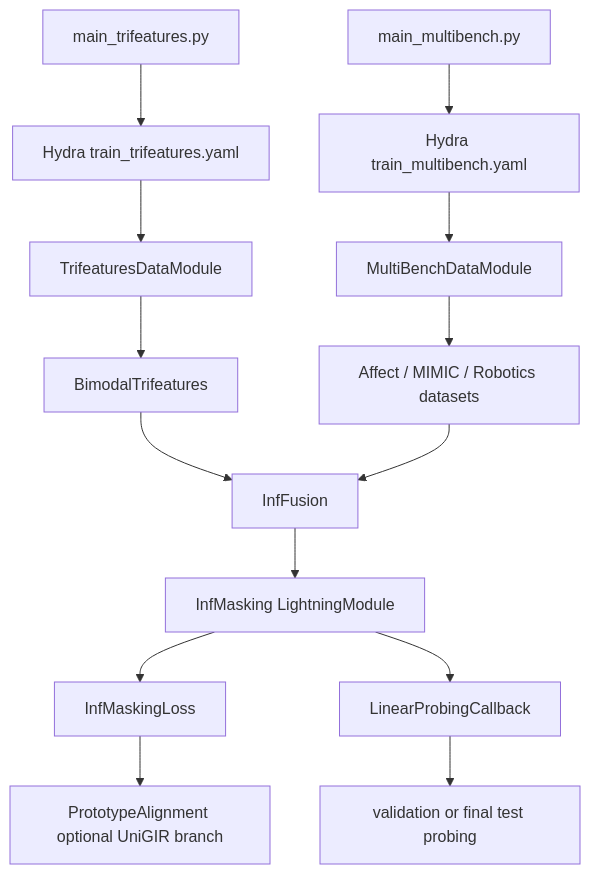
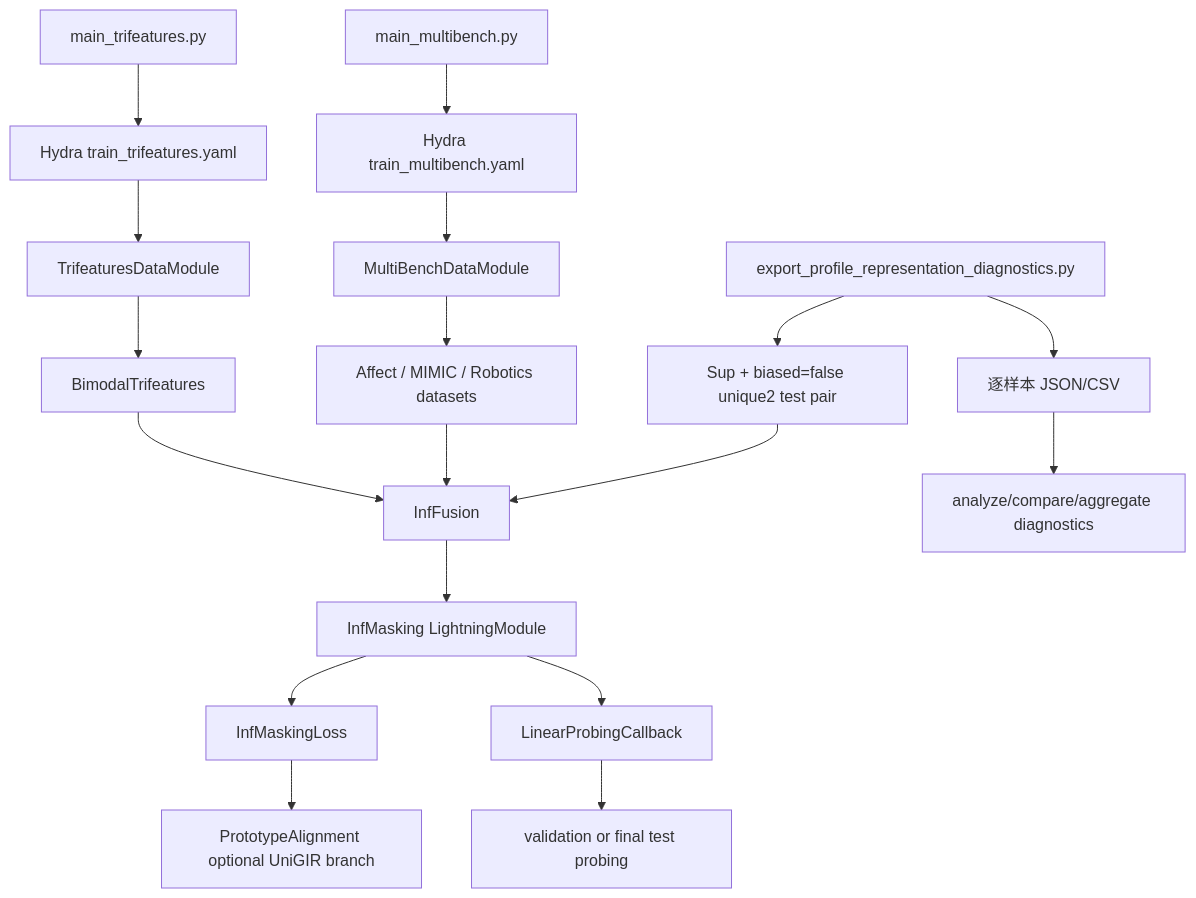
One commit to jumaojumao233/InfMasking changed the diagram in ProjectDocs/11_架构与依赖说明.md. Above: the diagram before and after it, drawn with Mermaid. The commit also changed other lines of this file and 21 other files, not shown here.

Commit message:
Add aligned G0 representation diagnostics

````diff
--- a/ProjectDocs/11_架构与依赖说明.md
+++ b/ProjectDocs/11_架构与依赖说明.md
@@ -9,16 +9,20 @@
 ```mermaid
 flowchart TD
     A[main_trifeatures.py] --> B[Hydra train_trifeatures.yaml]
     C[main_multibench.py] --> D[Hydra train_multibench.yaml]
     B --> E[TrifeaturesDataModule]
     D --> F[MultiBenchDataModule]
     E --> G[BimodalTrifeatures]
     F --> H[Affect / MIMIC / Robotics datasets]
     G --> I[InfFusion]
     H --> I
     I --> J[InfMasking LightningModule]
     J --> K[InfMaskingLoss]
     K --> L[PrototypeAlignment optional UniGIR branch]
     J --> M[LinearProbingCallback]
-    M --> N[validation or final test probing]
+M --> N[validation or final test probing]
+O[export_profile_representation_diagnostics.py] --> P[Sup + biased=false unique2 test pair]
+P --> I
+O --> Q[逐样本 JSON/CSV]
+Q --> R[analyze/compare/aggregate diagnostics]
 ```
````
